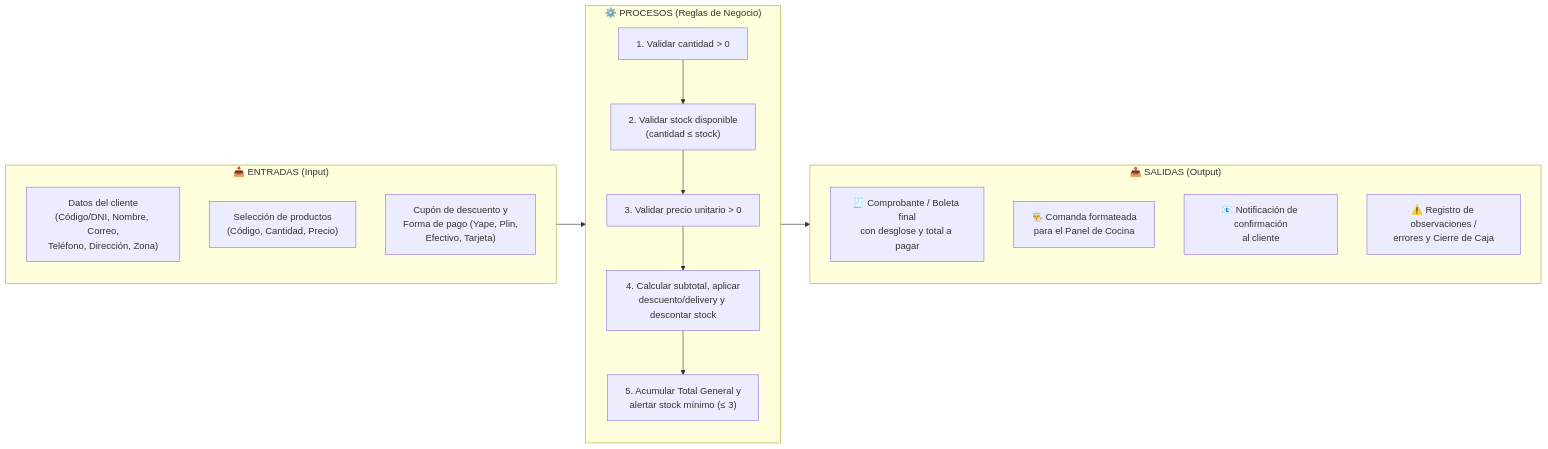
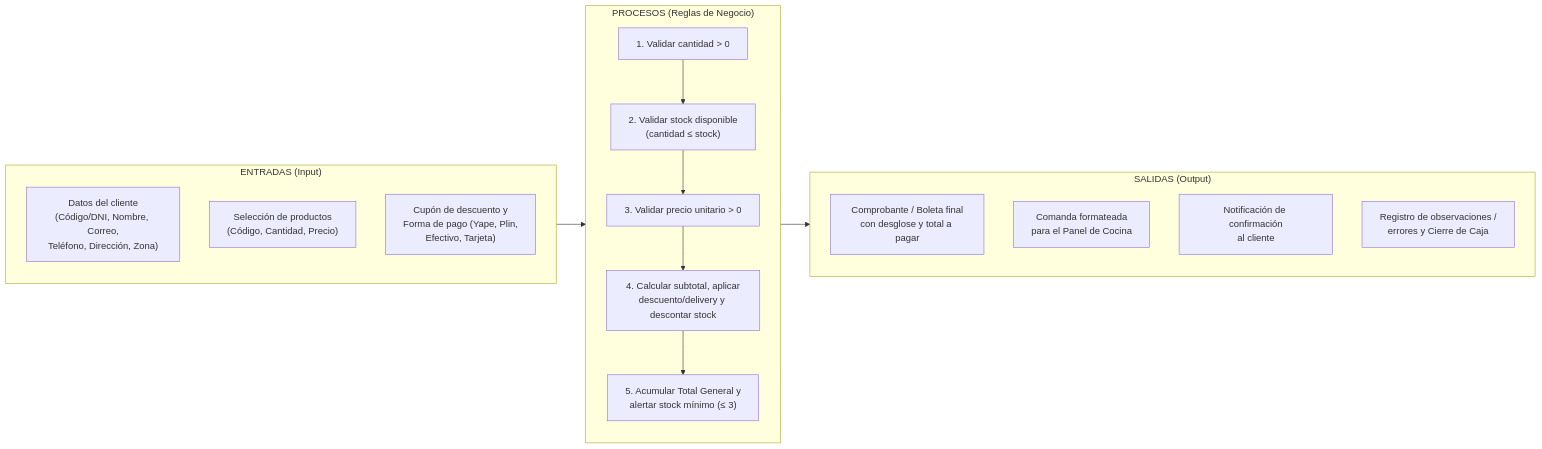
The diagram in README.md (RumiSantins/BroasterGo), drawn with Mermaid before and after one commit. The commit also changed other lines of this file, not shown here.

````diff
--- a/README.md
+++ b/README.md
@@ -36,26 +36,26 @@
 ```mermaid
 flowchart LR
-    subgraph INPUT ["📥 ENTRADAS (Input)"]
+    subgraph INPUT ["ENTRADAS (Input)"]
         I1["Datos del cliente\n(Código/DNI, Nombre, Correo,\nTeléfono, Dirección, Zona)"]
         I2["Selección de productos\n(Código, Cantidad, Precio)"]
         I3["Cupón de descuento y\nForma de pago (Yape, Plin,\nEfectivo, Tarjeta)"]
     end
 
-    subgraph PROCESS ["⚙️ PROCESOS (Reglas de Negocio)"]
+    subgraph PROCESS ["PROCESOS (Reglas de Negocio)"]
         P1["1. Validar cantidad > 0"]
         P2["2. Validar stock disponible\n(cantidad ≤ stock)"]
         P3["3. Validar precio unitario > 0"]
         P4["4. Calcular subtotal, aplicar\ndescuento/delivery y descontar stock"]
         P5["5. Acumular Total General y\nalertar stock mínimo (≤ 3)"]
         P1 --> P2 --> P3 --> P4 --> P5
     end
 
-    subgraph OUTPUT ["📤 SALIDAS (Output)"]
-        O1["🧾 Comprobante / Boleta final\ncon desglose y total a pagar"]
-        O2["👨‍🍳 Comanda formateada\npara el Panel de Cocina"]
-        O3["📧 Notificación de confirmación\nal cliente"]
-        O4["⚠️ Registro de observaciones /\nerrores y Cierre de Caja"]
+    subgraph OUTPUT ["SALIDAS (Output)"]
+        O1["Comprobante / Boleta final\ncon desglose y total a pagar"]
+        O2["Comanda formateada\npara el Panel de Cocina"]
+        O3["Notificación de confirmación\nal cliente"]
+        O4["Registro de observaciones /\nerrores y Cierre de Caja"]
     end
 
     INPUT --> PROCESS --> OUTPUT
 ```
````
